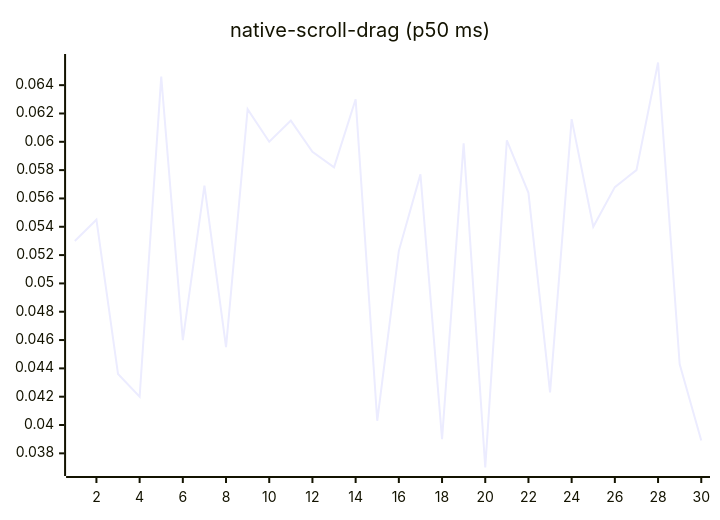
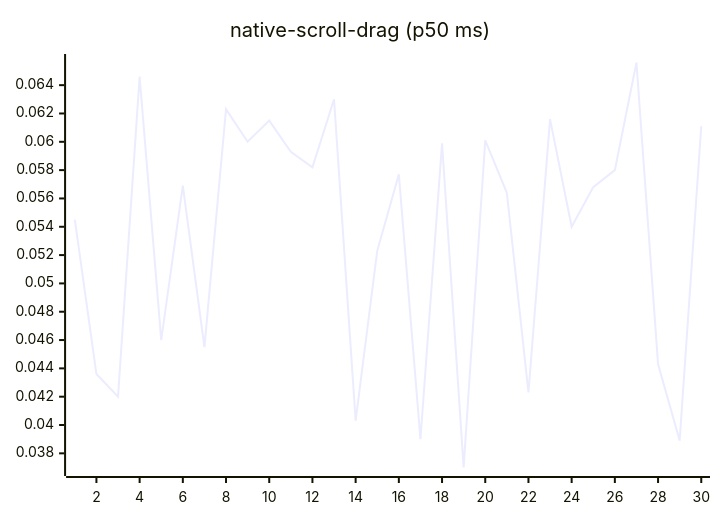
Diagram 14 of 27 in README.md (josha/Facet), drawn with Mermaid before and after one commit. The commit also changed other lines of this file and 2 other files, not shown here.

````diff
--- a/README.md
+++ b/README.md
@@ -154,6 +154,6 @@
 ```mermaid
 xychart-beta
     title "native-scroll-drag (p50 ms)"
     x-axis 1 --> 30
-    line [0.0530, 0.0545, 0.0436, 0.0420, 0.0646, 0.0460, 0.0569, 0.0455, 0.0623, 0.0600, 0.0615, 0.0593, 0.0582, 0.0630, 0.0403, 0.0523, 0.0577, 0.0390, 0.0599, 0.0370, 0.0601, 0.0564, 0.0423, 0.0616, 0.0540, 0.0568, 0.0580, 0.0656, 0.0443, 0.0389]
+    line [0.0545, 0.0436, 0.0420, 0.0646, 0.0460, 0.0569, 0.0455, 0.0623, 0.0600, 0.0615, 0.0593, 0.0582, 0.0630, 0.0403, 0.0523, 0.0577, 0.0390, 0.0599, 0.0370, 0.0601, 0.0564, 0.0423, 0.0616, 0.0540, 0.0568, 0.0580, 0.0656, 0.0443, 0.0389, 0.0611]
 ```
````
